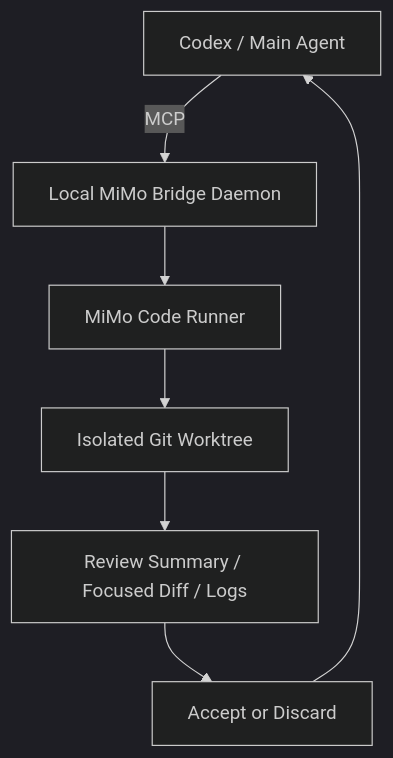
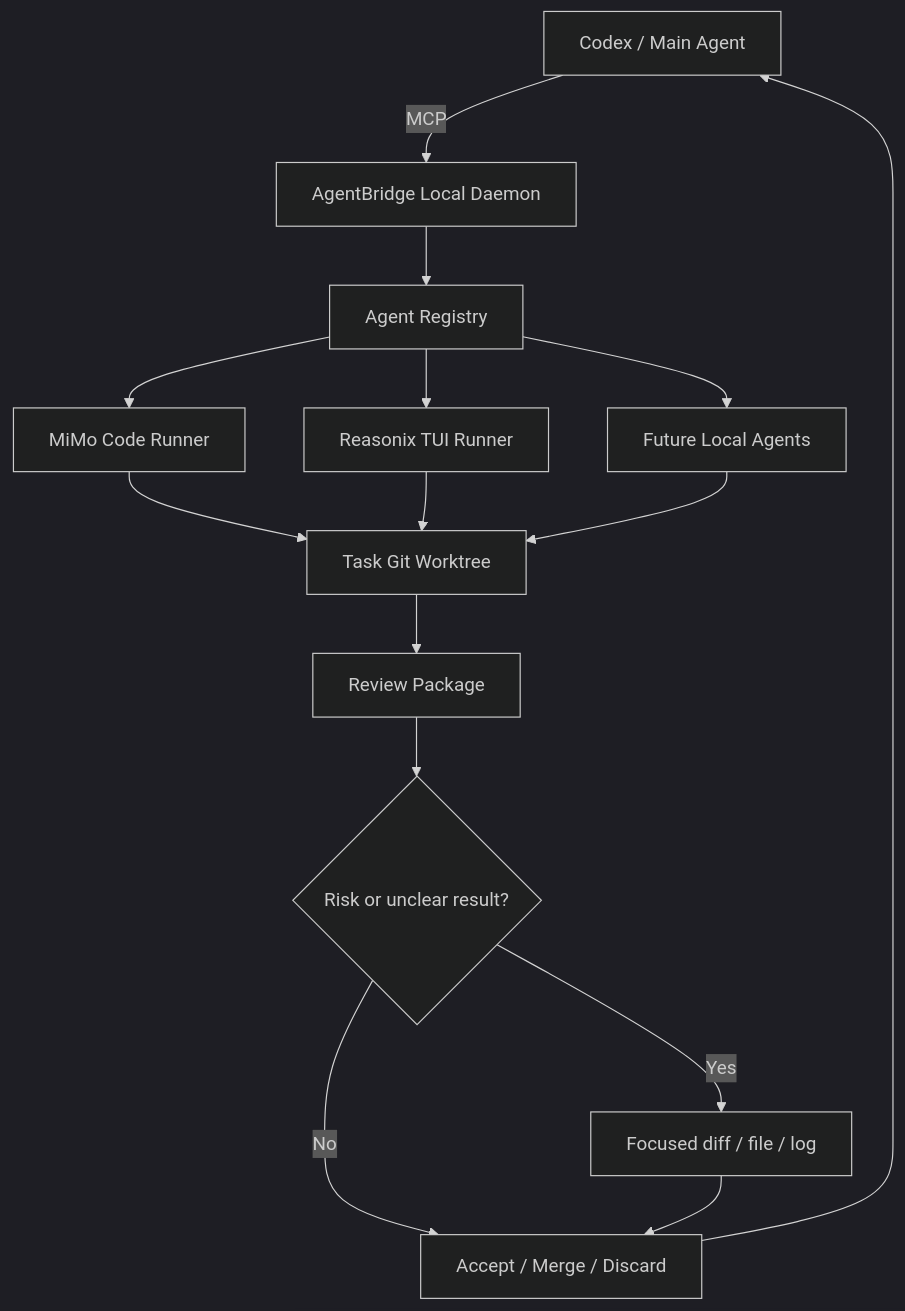
One commit to Ichliebedich1/mimo-bridge-mcp changed the first of 2 diagrams in README.md. Above: the diagram before and after it, drawn with Mermaid (dark theme). The commit also changed other lines of this file and 9 other files, not shown here.

Commit message:
docs: reposition project as AgentBridge Local

````diff
--- a/README.md
+++ b/README.md
@@ -17,9 +53,17 @@
 ```mermaid
 flowchart TD
-  A[Codex / Main Agent] -->|MCP| B[Local MiMo Bridge Daemon]
-  B --> C[MiMo Code Runner]
-  C --> D[Isolated Git Worktree]
-  D --> E[Review Summary / Focused Diff / Logs]
-  E --> F[Accept or Discard]
-  F --> A
+  A["Codex / Main Agent"] -->|"MCP"| B["AgentBridge Local Daemon"]
+  B --> C["Agent Registry"]
+  C --> D["MiMo Code Runner"]
+  C --> E["Reasonix TUI Runner"]
+  C --> F["Future Local Agents"]
+  D --> G["Task Git Worktree"]
+  E --> G
+  F --> G
+  G --> H["Review Package"]
+  H --> I{"Risk or unclear result?"}
+  I -->|"No"| J["Accept / Merge / Discard"]
+  I -->|"Yes"| K["Focused diff / file / log"]
+  K --> J
+  J --> A
 ```
````
